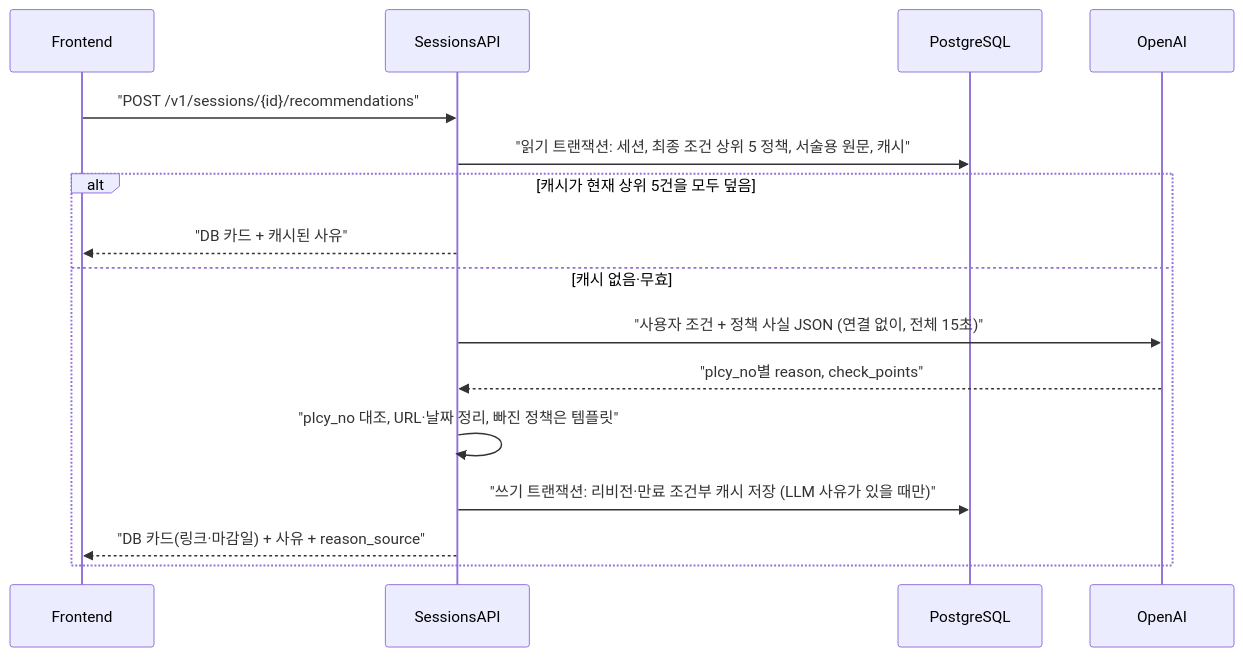
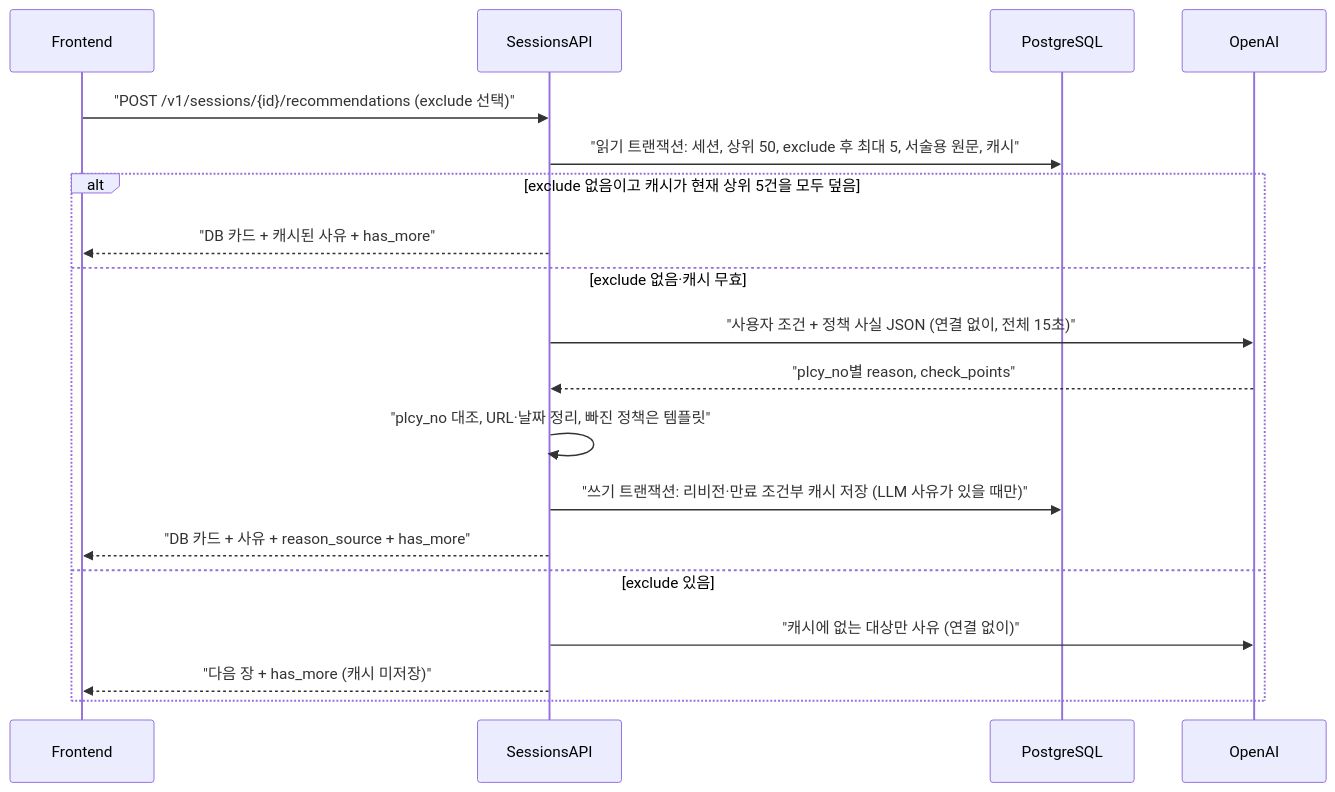
The third of 4 diagrams in docs/architecture.md (sunwoo611/youthfit-be), drawn with Mermaid before and after one commit. The commit also changed other lines of this file and 3 other files, not shown here.

First line of the commit message:
docs: 추천 exclude·has_more FE 계약과 ADR 014 기록

````diff
--- a/docs/architecture.md
+++ b/docs/architecture.md
@@ -71,18 +71,21 @@
 ```mermaid
 sequenceDiagram
   participant FE as Frontend
   participant API as SessionsAPI
   participant PG as PostgreSQL
   participant LLM as OpenAI
-  FE->>API: "POST /v1/sessions/{id}/recommendations"
-  API->>PG: "읽기 트랜잭션: 세션, 최종 조건 상위 5 정책, 서술용 원문, 캐시"
-  alt 캐시가 현재 상위 5건을 모두 덮음
-    API-->>FE: "DB 카드 + 캐시된 사유"
-  else 캐시 없음·무효
+  FE->>API: "POST /v1/sessions/{id}/recommendations (exclude 선택)"
+  API->>PG: "읽기 트랜잭션: 세션, 상위 50, exclude 후 최대 5, 서술용 원문, 캐시"
+  alt exclude 없음이고 캐시가 현재 상위 5건을 모두 덮음
+    API-->>FE: "DB 카드 + 캐시된 사유 + has_more"
+  else exclude 없음·캐시 무효
     API->>LLM: "사용자 조건 + 정책 사실 JSON (연결 없이, 전체 15초)"
     LLM-->>API: "plcy_no별 reason, check_points"
     API->>API: "plcy_no 대조, URL·날짜 정리, 빠진 정책은 템플릿"
     API->>PG: "쓰기 트랜잭션: 리비전·만료 조건부 캐시 저장 (LLM 사유가 있을 때만)"
-    API-->>FE: "DB 카드(링크·마감일) + 사유 + reason_source"
+    API-->>FE: "DB 카드 + 사유 + reason_source + has_more"
+  else exclude 있음
+    API->>LLM: "캐시에 없는 대상만 사유 (연결 없이)"
+    API-->>FE: "다음 장 + has_more (캐시 미저장)"
   end
 ```
````
